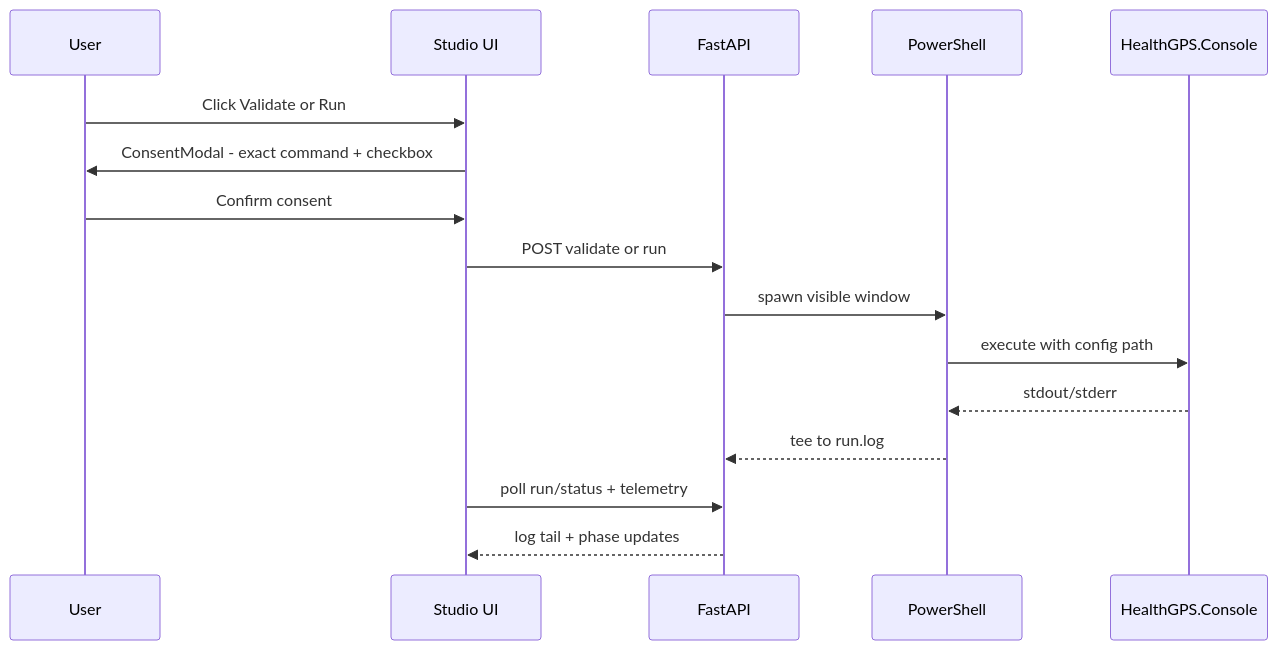
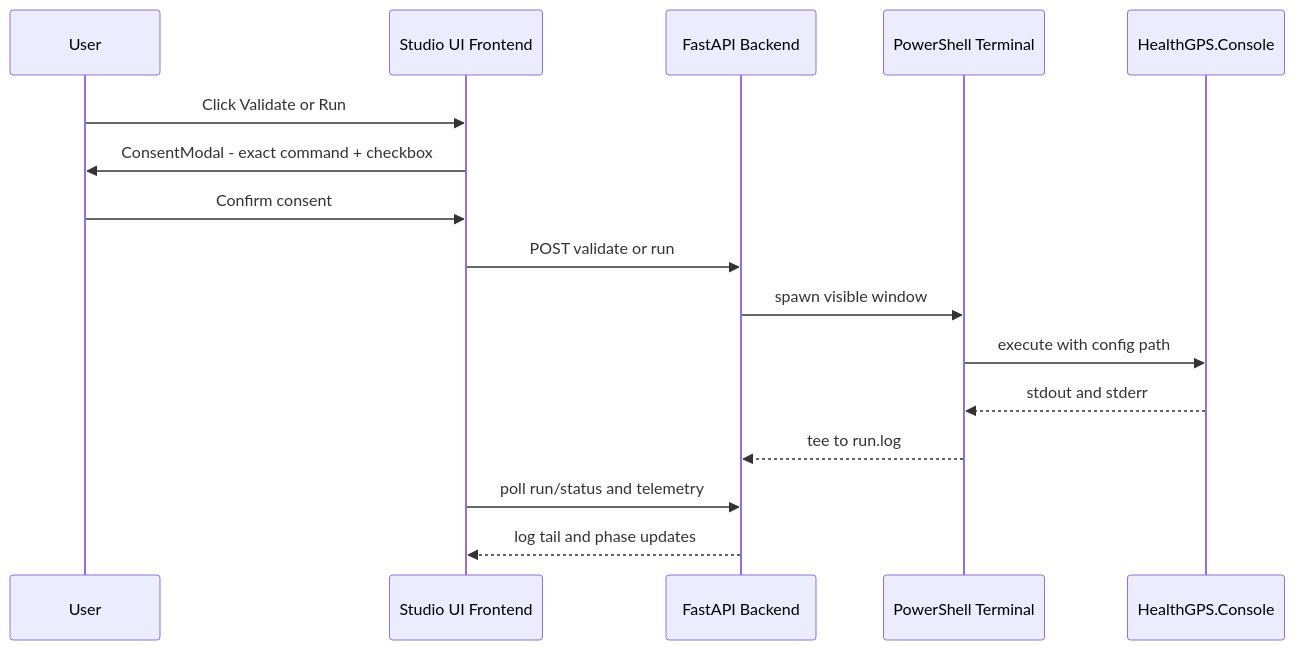
The tenth of 10 diagrams in documentation/technical/plans/HealthGPS_studio-GUI.md (imperialCHEPI/healthgps), drawn with Mermaid before and after one commit. The commit also changed other lines of this file and 1 other file, not shown here.

````diff
--- a/documentation/technical/plans/HealthGPS_studio-GUI.md
+++ b/documentation/technical/plans/HealthGPS_studio-GUI.md
@@ -369,18 +441,19 @@
 ```mermaid
 sequenceDiagram
     participant User
-    participant UI as Studio UI
-    participant API as FastAPI
-    participant PS as PowerShell
+    participant UI as Studio UI Frontend
+    participant API as FastAPI Backend
+    participant PS as PowerShell Terminal
     participant Engine as HealthGPS.Console
+
     User->>UI: Click Validate or Run
     UI->>User: ConsentModal - exact command + checkbox
     User->>UI: Confirm consent
     UI->>API: POST validate or run
     API->>PS: spawn visible window
     PS->>Engine: execute with config path
-    Engine-->>PS: stdout/stderr
+    Engine-->>PS: stdout and stderr
     PS-->>API: tee to run.log
-    UI->>API: poll run/status + telemetry
-    API-->>UI: log tail + phase updates
+    UI->>API: poll run/status and telemetry
+    API-->>UI: log tail and phase updates
 ```
````
